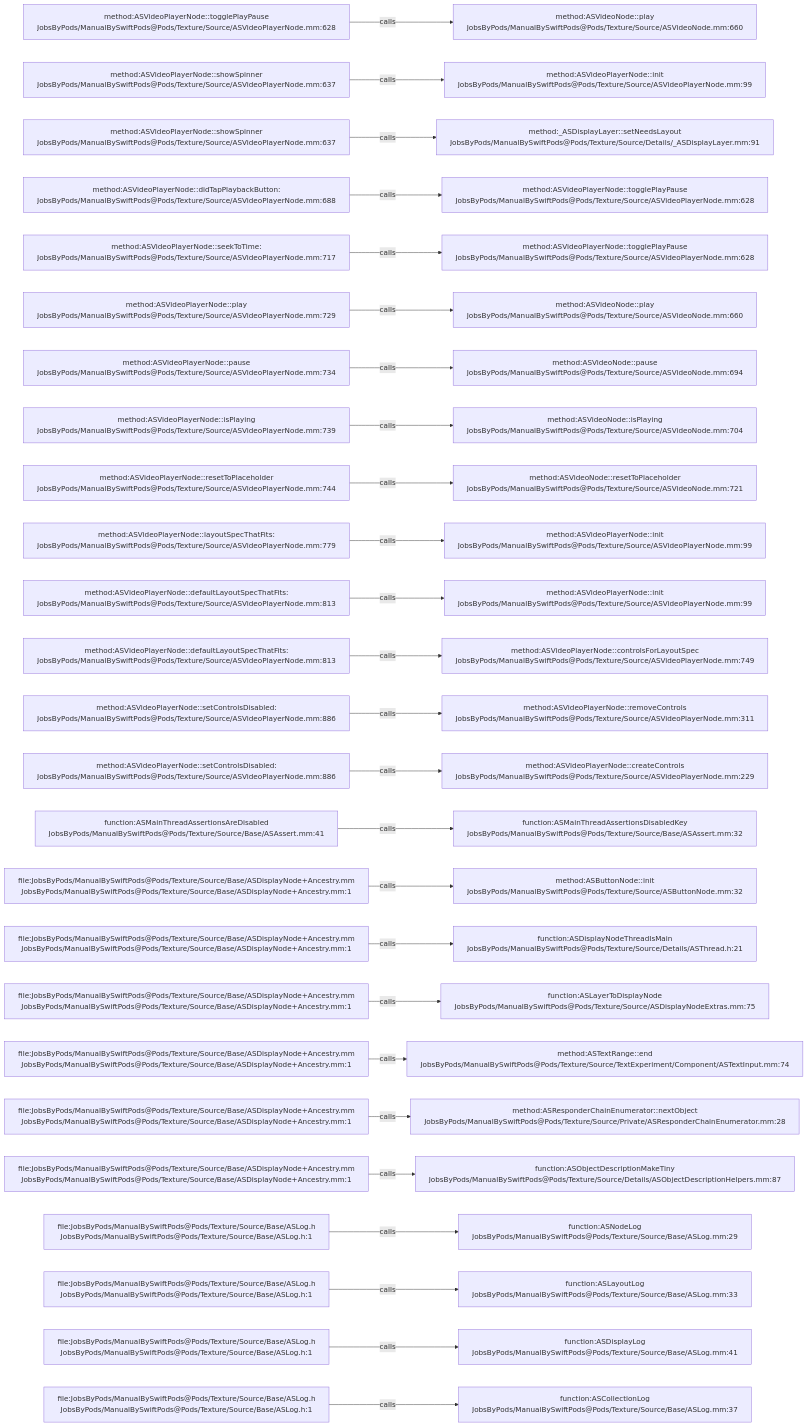
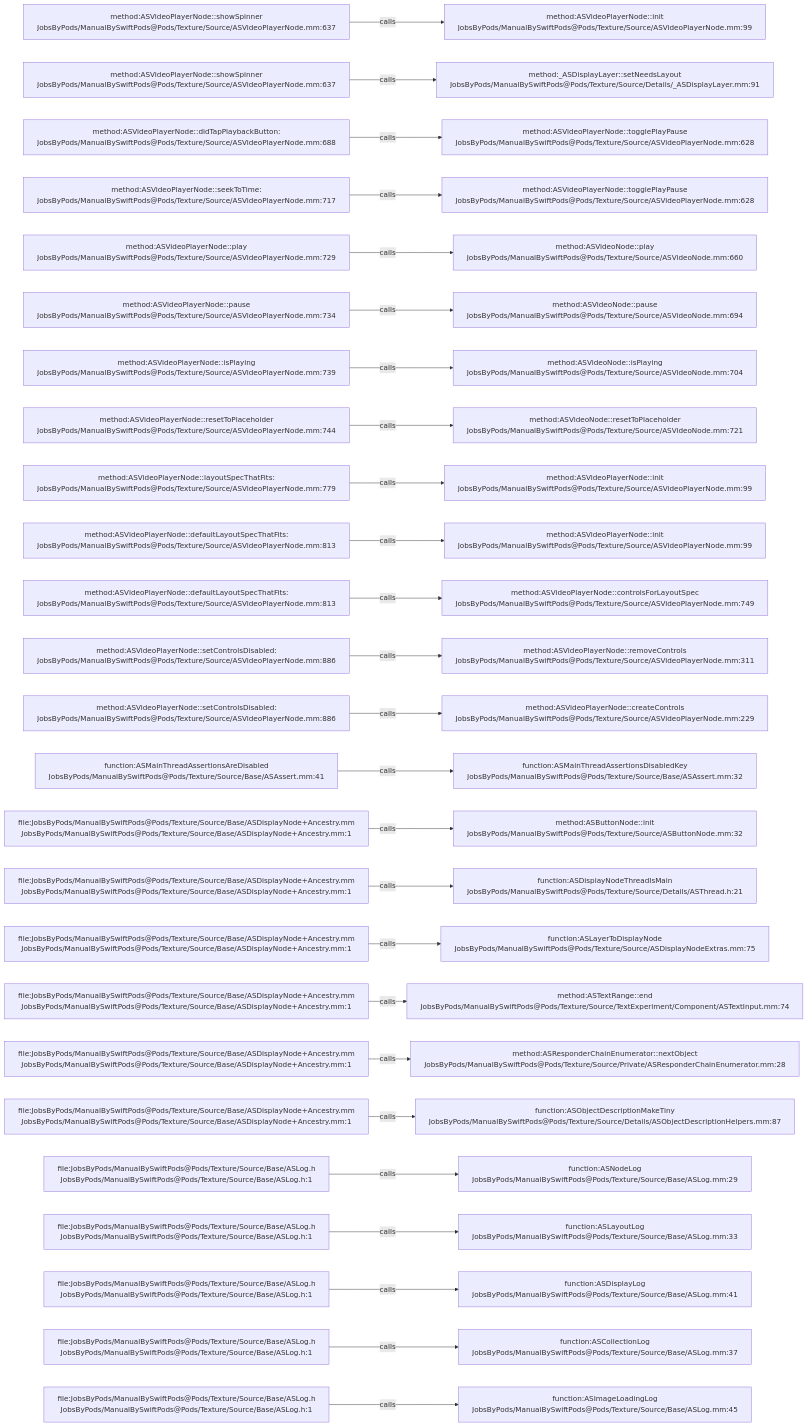
The diagram in .codegraph/codegraph.md/graphs/calls-078.md (JobsKits/JobsSwiftBaseConfigDemo), drawn with Mermaid before and after one commit. The commit also changed 747 other files, not shown here.

````diff
--- a/.codegraph/codegraph.md/graphs/calls-078.md
+++ b/.codegraph/codegraph.md/graphs/calls-078.md
@@ -13,78 +13,78 @@
 ```mermaid
 flowchart LR
-  S1["method:ASVideoPlayerNode::togglePlayPause<br/>JobsByPods/ManualBySwiftPods@Pods/Texture/Source/ASVideoPlayerNode.mm:628"]
-  T1["method:ASVideoNode::play<br/>JobsByPods/ManualBySwiftPods@Pods/Texture/Source/ASVideoNode.mm:660"]
+  S1["method:ASVideoPlayerNode::showSpinner<br/>JobsByPods/ManualBySwiftPods@Pods/Texture/Source/ASVideoPlayerNode.mm:637"]
+  T1["method:ASVideoPlayerNode::init<br/>JobsByPods/ManualBySwiftPods@Pods/Texture/Source/ASVideoPlayerNode.mm:99"]
   S1 -->|calls| T1
   S2["method:ASVideoPlayerNode::showSpinner<br/>JobsByPods/ManualBySwiftPods@Pods/Texture/Source/ASVideoPlayerNode.mm:637"]
-  T2["method:ASVideoPlayerNode::init<br/>JobsByPods/ManualBySwiftPods@Pods/Texture/Source/ASVideoPlayerNode.mm:99"]
+  T2["method:_ASDisplayLayer::setNeedsLayout<br/>JobsByPods/ManualBySwiftPods@Pods/Texture/Source/Details/_ASDisplayLayer.mm:91"]
   S2 -->|calls| T2
-  S3["method:ASVideoPlayerNode::showSpinner<br/>JobsByPods/ManualBySwiftPods@Pods/Texture/Source/ASVideoPlayerNode.mm:637"]
-  T3["method:_ASDisplayLayer::setNeedsLayout<br/>JobsByPods/ManualBySwiftPods@Pods/Texture/Source/Details/_ASDisplayLayer.mm:91"]
+  S3["method:ASVideoPlayerNode::didTapPlaybackButton:<br/>JobsByPods/ManualBySwiftPods@Pods/Texture/Source/ASVideoPlayerNode.mm:688"]
+  T3["method:ASVideoPlayerNode::togglePlayPause<br/>JobsByPods/ManualBySwiftPods@Pods/Texture/Source/ASVideoPlayerNode.mm:628"]
   S3 -->|calls| T3
-  S4["method:ASVideoPlayerNode::didTapPlaybackButton:<br/>JobsByPods/ManualBySwiftPods@Pods/Texture/Source/ASVideoPlayerNode.mm:688"]
+  S4["method:ASVideoPlayerNode::seekToTime:<br/>JobsByPods/ManualBySwiftPods@Pods/Texture/Source/ASVideoPlayerNode.mm:717"]
   T4["method:ASVideoPlayerNode::togglePlayPause<br/>JobsByPods/ManualBySwiftPods@Pods/Texture/Source/ASVideoPlayerNode.mm:628"]
   S4 -->|calls| T4
-  S5["method:ASVideoPlayerNode::seekToTime:<br/>JobsByPods/ManualBySwiftPods@Pods/Texture/Source/ASVideoPlayerNode.mm:717"]
-  T5["method:ASVideoPlayerNode::togglePlayPause<br/>JobsByPods/ManualBySwiftPods@Pods/Texture/Source/ASVideoPlayerNode.mm:628"]
+  S5["method:ASVideoPlayerNode::play<br/>JobsByPods/ManualBySwiftPods@Pods/Texture/Source/ASVideoPlayerNode.mm:729"]
+  T5["method:ASVideoNode::play<br/>JobsByPods/ManualBySwiftPods@Pods/Texture/Source/ASVideoNode.mm:660"]
   S5 -->|calls| T5
-  S6["method:ASVideoPlayerNode::play<br/>JobsByPods/ManualBySwiftPods@Pods/Texture/Source/ASVideoPlayerNode.mm:729"]
-  T6["method:ASVideoNode::play<br/>JobsByPods/ManualBySwiftPods@Pods/Texture/Source/ASVideoNode.mm:660"]
+  S6["method:ASVideoPlayerNode::pause<br/>JobsByPods/ManualBySwiftPods@Pods/Texture/Source/ASVideoPlayerNode.mm:734"]
+  T6["method:ASVideoNode::pause<br/>JobsByPods/ManualBySwiftPods@Pods/Texture/Source/ASVideoNode.mm:694"]
   S6 -->|calls| T6
-  S7["method:ASVideoPlayerNode::pause<br/>JobsByPods/ManualBySwiftPods@Pods/Texture/Source/ASVideoPlayerNode.mm:734"]
-  T7["method:ASVideoNode::pause<br/>JobsByPods/ManualBySwiftPods@Pods/Texture/Source/ASVideoNode.mm:694"]
+  S7["method:ASVideoPlayerNode::isPlaying<br/>JobsByPods/ManualBySwiftPods@Pods/Texture/Source/ASVideoPlayerNode.mm:739"]
+  T7["method:ASVideoNode::isPlaying<br/>JobsByPods/ManualBySwiftPods@Pods/Texture/Source/ASVideoNode.mm:704"]
   S7 -->|calls| T7
-  S8["method:ASVideoPlayerNode::isPlaying<br/>JobsByPods/ManualBySwiftPods@Pods/Texture/Source/ASVideoPlayerNode.mm:739"]
-  T8["method:ASVideoNode::isPlaying<br/>JobsByPods/ManualBySwiftPods@Pods/Texture/Source/ASVideoNode.mm:704"]
+  S8["method:ASVideoPlayerNode::resetToPlaceholder<br/>JobsByPods/ManualBySwiftPods@Pods/Texture/Source/ASVideoPlayerNode.mm:744"]
+  T8["method:ASVideoNode::resetToPlaceholder<br/>JobsByPods/ManualBySwiftPods@Pods/Texture/Source/ASVideoNode.mm:721"]
   S8 -->|calls| T8
-  S9["method:ASVideoPlayerNode::resetToPlaceholder<br/>JobsByPods/ManualBySwiftPods@Pods/Texture/Source/ASVideoPlayerNode.mm:744"]
-  T9["method:ASVideoNode::resetToPlaceholder<br/>JobsByPods/ManualBySwiftPods@Pods/Texture/Source/ASVideoNode.mm:721"]
+  S9["method:ASVideoPlayerNode::layoutSpecThatFits:<br/>JobsByPods/ManualBySwiftPods@Pods/Texture/Source/ASVideoPlayerNode.mm:779"]
+  T9["method:ASVideoPlayerNode::init<br/>JobsByPods/ManualBySwiftPods@Pods/Texture/Source/ASVideoPlayerNode.mm:99"]
   S9 -->|calls| T9
-  S10["method:ASVideoPlayerNode::layoutSpecThatFits:<br/>JobsByPods/ManualBySwiftPods@Pods/Texture/Source/ASVideoPlayerNode.mm:779"]
+  S10["method:ASVideoPlayerNode::defaultLayoutSpecThatFits:<br/>JobsByPods/ManualBySwiftPods@Pods/Texture/Source/ASVideoPlayerNode.mm:813"]
   T10["method:ASVideoPlayerNode::init<br/>JobsByPods/ManualBySwiftPods@Pods/Texture/Source/ASVideoPlayerNode.mm:99"]
   S10 -->|calls| T10
   S11["method:ASVideoPlayerNode::defaultLayoutSpecThatFits:<br/>JobsByPods/ManualBySwiftPods@Pods/Texture/Source/ASVideoPlayerNode.mm:813"]
-  T11["method:ASVideoPlayerNode::init<br/>JobsByPods/ManualBySwiftPods@Pods/Texture/Source/ASVideoPlayerNode.mm:99"]
+  T11["method:ASVideoPlayerNode::controlsForLayoutSpec<br/>JobsByPods/ManualBySwiftPods@Pods/Texture/Source/ASVideoPlayerNode.mm:749"]
   S11 -->|calls| T11
-  S12["method:ASVideoPlayerNode::defaultLayoutSpecThatFits:<br/>JobsByPods/ManualBySwiftPods@Pods/Texture/Source/ASVideoPlayerNode.mm:813"]
-  T12["method:ASVideoPlayerNode::controlsForLayoutSpec<br/>JobsByPods/ManualBySwiftPods@Pods/Texture/Source/ASVideoPlayerNode.mm:749"]
+  S12["method:ASVideoPlayerNode::setControlsDisabled:<br/>JobsByPods/ManualBySwiftPods@Pods/Texture/Source/ASVideoPlayerNode.mm:886"]
+  T12["method:ASVideoPlayerNode::removeControls<br/>JobsByPods/ManualBySwiftPods@Pods/Texture/Source/ASVideoPlayerNode.mm:311"]
   S12 -->|calls| T12
   S13["method:ASVideoPlayerNode::setControlsDisabled:<br/>JobsByPods/ManualBySwiftPods@Pods/Texture/Source/ASVideoPlayerNode.mm:886"]
-  T13["method:ASVideoPlayerNode::removeControls<br/>JobsByPods/ManualBySwiftPods@Pods/Texture/Source/ASVideoPlayerNode.mm:311"]
+  T13["method:ASVideoPlayerNode::createControls<br/>JobsByPods/ManualBySwiftPods@Pods/Texture/Source/ASVideoPlayerNode.mm:229"]
   S13 -->|calls| T13
-  S14["method:ASVideoPlayerNode::setControlsDisabled:<br/>JobsByPods/ManualBySwiftPods@Pods/Texture/Source/ASVideoPlayerNode.mm:886"]
-  T14["method:ASVideoPlayerNode::createControls<br/>JobsByPods/ManualBySwiftPods@Pods/Texture/Source/ASVideoPlayerNode.mm:229"]
+  S14["function:ASMainThreadAssertionsAreDisabled<br/>JobsByPods/ManualBySwiftPods@Pods/Texture/Source/Base/ASAssert.mm:41"]
+  T14["function:ASMainThreadAssertionsDisabledKey<br/>JobsByPods/ManualBySwiftPods@Pods/Texture/Source/Base/ASAssert.mm:32"]
   S14 -->|calls| T14
-  S15["function:ASMainThreadAssertionsAreDisabled<br/>JobsByPods/ManualBySwiftPods@Pods/Texture/Source/Base/ASAssert.mm:41"]
-  T15["function:ASMainThreadAssertionsDisabledKey<br/>JobsByPods/ManualBySwiftPods@Pods/Texture/Source/Base/ASAssert.mm:32"]
+  S15["file:JobsByPods/ManualBySwiftPods@Pods/Texture/Source/Base/ASDisplayNode+Ancestry.mm<br/>JobsByPods/ManualBySwiftPods@Pods/Texture/Source/Base/ASDisplayNode+Ancestry.mm:1"]
+  T15["method:ASButtonNode::init<br/>JobsByPods/ManualBySwiftPods@Pods/Texture/Source/ASButtonNode.mm:32"]
   S15 -->|calls| T15
   S16["file:JobsByPods/ManualBySwiftPods@Pods/Texture/Source/Base/ASDisplayNode+Ancestry.mm<br/>JobsByPods/ManualBySwiftPods@Pods/Texture/Source/Base/ASDisplayNode+Ancestry.mm:1"]
-  T16["method:ASButtonNode::init<br/>JobsByPods/ManualBySwiftPods@Pods/Texture/Source/ASButtonNode.mm:32"]
+  T16["function:ASDisplayNodeThreadIsMain<br/>JobsByPods/ManualBySwiftPods@Pods/Texture/Source/Details/ASThread.h:21"]
   S16 -->|calls| T16
   S17["file:JobsByPods/ManualBySwiftPods@Pods/Texture/Source/Base/ASDisplayNode+Ancestry.mm<br/>JobsByPods/ManualBySwiftPods@Pods/Texture/Source/Base/ASDisplayNode+Ancestry.mm:1"]
-  T17["function:ASDisplayNodeThreadIsMain<br/>JobsByPods/ManualBySwiftPods@Pods/Texture/Source/Details/ASThread.h:21"]
+  T17["function:ASLayerToDisplayNode<br/>JobsByPods/ManualBySwiftPods@Pods/Texture/Source/ASDisplayNodeExtras.mm:75"]
   S17 -->|calls| T17
   S18["file:JobsByPods/ManualBySwiftPods@Pods/Texture/Source/Base/ASDisplayNode+Ancestry.mm<br/>JobsByPods/ManualBySwiftPods@Pods/Texture/Source/Base/ASDisplayNode+Ancestry.mm:1"]
-  T18["function:ASLayerToDisplayNode<br/>JobsByPods/ManualBySwiftPods@Pods/Texture/Source/ASDisplayNodeExtras.mm:75"]
+  T18["method:ASTextRange::end<br/>JobsByPods/ManualBySwiftPods@Pods/Texture/Source/TextExperiment/Component/ASTextInput.mm:74"]
   S18 -->|calls| T18
   S19["file:JobsByPods/ManualBySwiftPods@Pods/Texture/Source/Base/ASDisplayNode+Ancestry.mm<br/>JobsByPods/ManualBySwiftPods@Pods/Texture/Source/Base/ASDisplayNode+Ancestry.mm:1"]
-  T19["method:ASTextRange::end<br/>JobsByPods/ManualBySwiftPods@Pods/Texture/Source/TextExperiment/Component/ASTextInput.mm:74"]
+  T19["method:ASResponderChainEnumerator::nextObject<br/>JobsByPods/ManualBySwiftPods@Pods/Texture/Source/Private/ASResponderChainEnumerator.mm:28"]
   S19 -->|calls| T19
   S20["file:JobsByPods/ManualBySwiftPods@Pods/Texture/Source/Base/ASDisplayNode+Ancestry.mm<br/>JobsByPods/ManualBySwiftPods@Pods/Texture/Source/Base/ASDisplayNode+Ancestry.mm:1"]
-  T20["method:ASResponderChainEnumerator::nextObject<br/>JobsByPods/ManualBySwiftPods@Pods/Texture/Source/Private/ASResponderChainEnumerator.mm:28"]
+  T20["function:ASObjectDescriptionMakeTiny<br/>JobsByPods/ManualBySwiftPods@Pods/Texture/Source/Details/ASObjectDescriptionHelpers.mm:87"]
   S20 -->|calls| T20
-  S21["file:JobsByPods/ManualBySwiftPods@Pods/Texture/Source/Base/ASDisplayNode+Ancestry.mm<br/>JobsByPods/ManualBySwiftPods@Pods/Texture/Source/Base/ASDisplayNode+Ancestry.mm:1"]
-  T21["function:ASObjectDescriptionMakeTiny<br/>JobsByPods/ManualBySwiftPods@Pods/Texture/Source/Details/ASObjectDescriptionHelpers.mm:87"]
+  S21["file:JobsByPods/ManualBySwiftPods@Pods/Texture/Source/Base/ASLog.h<br/>JobsByPods/ManualBySwiftPods@Pods/Texture/Source/Base/ASLog.h:1"]
+  T21["function:ASNodeLog<br/>JobsByPods/ManualBySwiftPods@Pods/Texture/Source/Base/ASLog.mm:29"]
   S21 -->|calls| T21
   S22["file:JobsByPods/ManualBySwiftPods@Pods/Texture/Source/Base/ASLog.h<br/>JobsByPods/ManualBySwiftPods@Pods/Texture/Source/Base/ASLog.h:1"]
-  T22["function:ASNodeLog<br/>JobsByPods/ManualBySwiftPods@Pods/Texture/Source/Base/ASLog.mm:29"]
+  T22["function:ASLayoutLog<br/>JobsByPods/ManualBySwiftPods@Pods/Texture/Source/Base/ASLog.mm:33"]
   S22 -->|calls| T22
   S23["file:JobsByPods/ManualBySwiftPods@Pods/Texture/Source/Base/ASLog.h<br/>JobsByPods/ManualBySwiftPods@Pods/Texture/Source/Base/ASLog.h:1"]
-  T23["function:ASLayoutLog<br/>JobsByPods/ManualBySwiftPods@Pods/Texture/Source/Base/ASLog.mm:33"]
+  T23["function:ASDisplayLog<br/>JobsByPods/ManualBySwiftPods@Pods/Texture/Source/Base/ASLog.mm:41"]
   S23 -->|calls| T23
   S24["file:JobsByPods/ManualBySwiftPods@Pods/Texture/Source/Base/ASLog.h<br/>JobsByPods/ManualBySwiftPods@Pods/Texture/Source/Base/ASLog.h:1"]
-  T24["function:ASDisplayLog<br/>JobsByPods/ManualBySwiftPods@Pods/Texture/Source/Base/ASLog.mm:41"]
+  T24["function:ASCollectionLog<br/>JobsByPods/ManualBySwiftPods@Pods/Texture/Source/Base/ASLog.mm:37"]
   S24 -->|calls| T24
   S25["file:JobsByPods/ManualBySwiftPods@Pods/Texture/Source/Base/ASLog.h<br/>JobsByPods/ManualBySwiftPods@Pods/Texture/Source/Base/ASLog.h:1"]
-  T25["function:ASCollectionLog<br/>JobsByPods/ManualBySwiftPods@Pods/Texture/Source/Base/ASLog.mm:37"]
+  T25["function:ASImageLoadingLog<br/>JobsByPods/ManualBySwiftPods@Pods/Texture/Source/Base/ASLog.mm:45"]
   S25 -->|calls| T25
 ```
````
